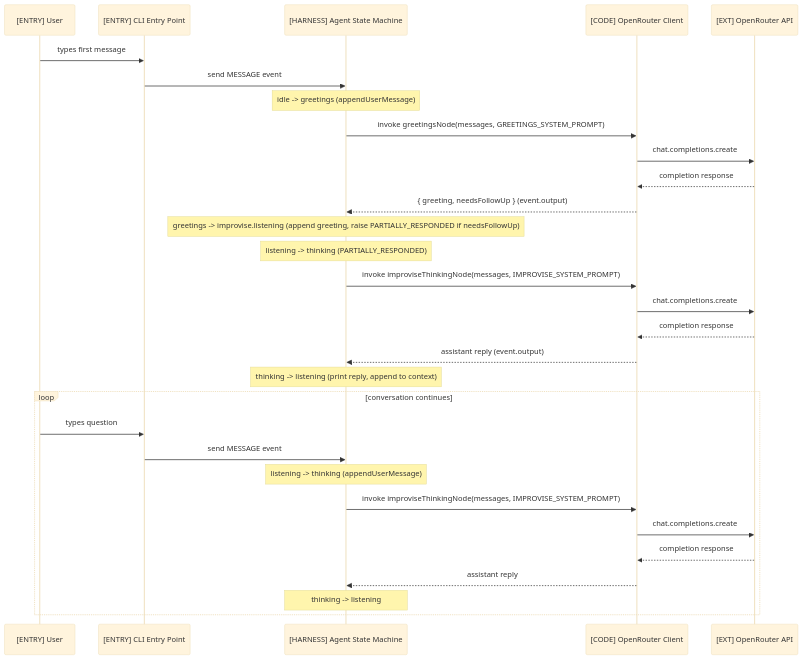
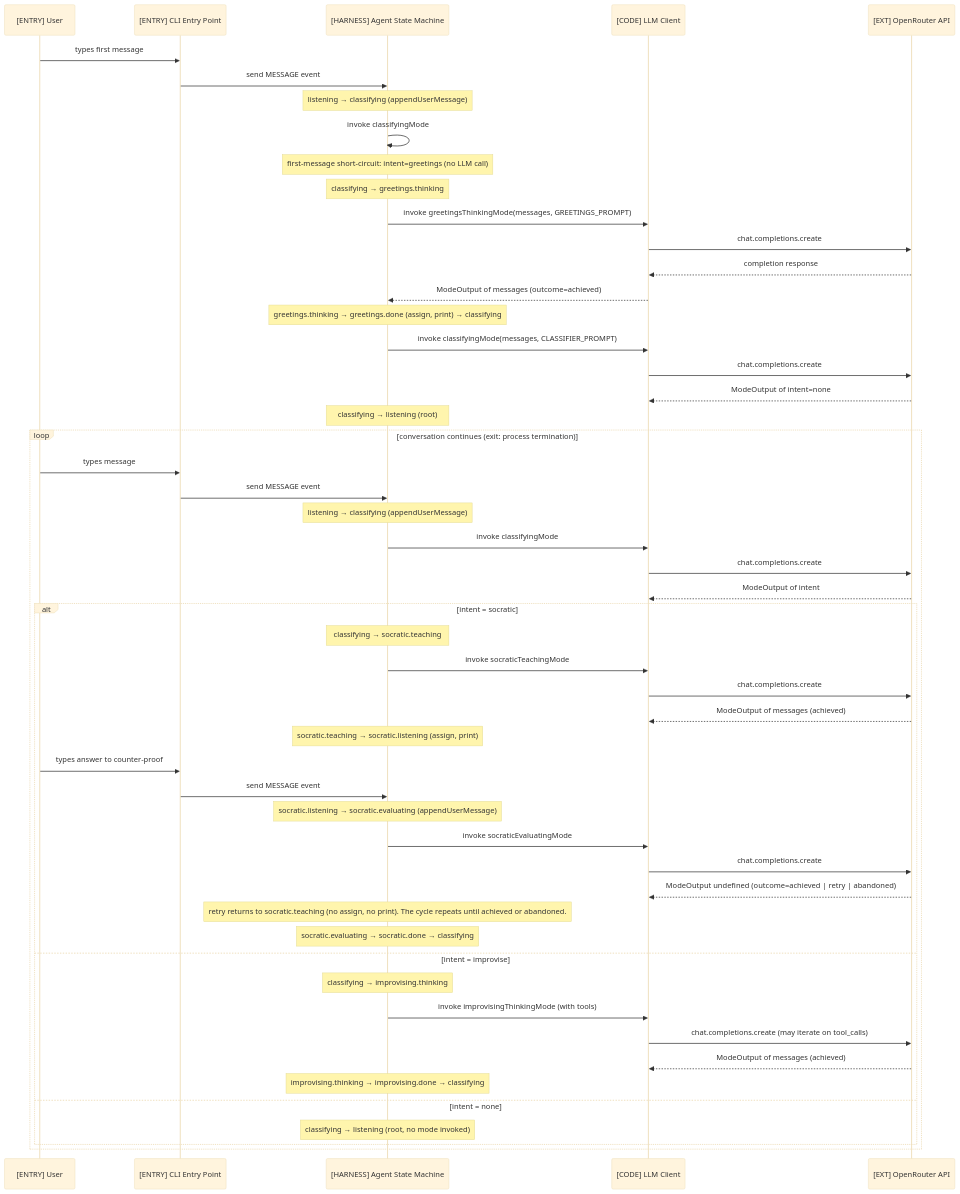
The second of 2 diagrams in README.md (EduardoRenani/ai-agent-xstate), drawn with Mermaid (base theme) before and after one commit. The commit also changed other lines of this file and 3 other files, not shown here.

First line of the commit message:
build: sync README mermaid blocks from architecture .mmd via pre-commit hook

````diff
--- a/README.md
+++ b/README.md
@@ -36,34 +50,63 @@
 ```mermaid
+%% Spec: c4-doc.md
+%% Modo: incremental
+%% Atualizado: 2026-05-15
+%% Fonte: src/index.ts, src/machine.ts, src/llm-client.ts, src/states/*.mode.ts
 sequenceDiagram
     participant user as [ENTRY] User
     participant cli as [ENTRY] CLI Entry Point
     participant machine as [HARNESS] Agent State Machine
-    participant client as [CODE] OpenRouter Client
+    participant client as [CODE] LLM Client
     participant api as [EXT] OpenRouter API
 
     user->>cli: types first message
     cli->>machine: send MESSAGE event
-    Note over machine: idle -> greetings (appendUserMessage)
-    machine->>client: invoke greetingsNode(messages, GREETINGS_SYSTEM_PROMPT)
+    Note over machine: listening → classifying (appendUserMessage)
+    machine->>machine: invoke classifyingMode
+    Note over machine: first-message short-circuit: intent=greetings (no LLM call)
+    Note over machine: classifying → greetings.thinking
+    machine->>client: invoke greetingsThinkingMode(messages, GREETINGS_PROMPT)
     client->>api: chat.completions.create
     api-->>client: completion response
-    client-->>machine: { greeting, needsFollowUp } (event.output)
-    Note over machine: greetings -> improvise.listening (append greeting, raise PARTIALLY_RESPONDED if needsFollowUp)
-    Note over machine: listening -> thinking (PARTIALLY_RESPONDED)
-    machine->>client: invoke improviseThinkingNode(messages, IMPROVISE_SYSTEM_PROMPT)
+    client-->>machine: ModeOutput of messages (outcome=achieved)
+    Note over machine: greetings.thinking → greetings.done (assign, print) → classifying
+    machine->>client: invoke classifyingMode(messages, CLASSIFIER_PROMPT)
     client->>api: chat.completions.create
-    api-->>client: completion response
-    client-->>machine: assistant reply (event.output)
-    Note over machine: thinking -> listening (print reply, append to context)
+    api-->>client: ModeOutput of intent=none
+    Note over machine: classifying → listening (root)
 
-    loop conversation continues
-        user->>cli: types question
+    loop conversation continues (exit: process termination)
+        user->>cli: types message
         cli->>machine: send MESSAGE event
-        Note over machine: listening -> thinking (appendUserMessage)
-        machine->>client: invoke improviseThinkingNode(messages, IMPROVISE_SYSTEM_PROMPT)
+        Note over machine: listening → classifying (appendUserMessage)
+        machine->>client: invoke classifyingMode
         client->>api: chat.completions.create
-        api-->>client: completion response
-        client-->>machine: assistant reply
-        Note over machine: thinking -> listening
+        api-->>client: ModeOutput of intent
+
+        alt intent = socratic
+            Note over machine: classifying → socratic.teaching
+            machine->>client: invoke socraticTeachingMode
+            client->>api: chat.completions.create
+            api-->>client: ModeOutput of messages (achieved)
+            Note over machine: socratic.teaching → socratic.listening (assign, print)
+            user->>cli: types answer to counter-proof
+            cli->>machine: send MESSAGE event
+            Note over machine: socratic.listening → socratic.evaluating (appendUserMessage)
+            machine->>client: invoke socraticEvaluatingMode
+            client->>api: chat.completions.create
+            api-->>client: ModeOutput undefined (outcome=achieved | retry | abandoned)
+            Note over machine: retry returns to socratic.teaching (no assign, no print). The cycle repeats until achieved or abandoned.
+            Note over machine: socratic.evaluating → socratic.done → classifying
+
+        else intent = improvise
+            Note over machine: classifying → improvising.thinking
+            machine->>client: invoke improvisingThinkingMode (with tools)
+            client->>api: chat.completions.create (may iterate on tool_calls)
+            api-->>client: ModeOutput of messages (achieved)
+            Note over machine: improvising.thinking → improvising.done → classifying
+
+        else intent = none
+            Note over machine: classifying → listening (root, no mode invoked)
+        end
     end
 ```
````
